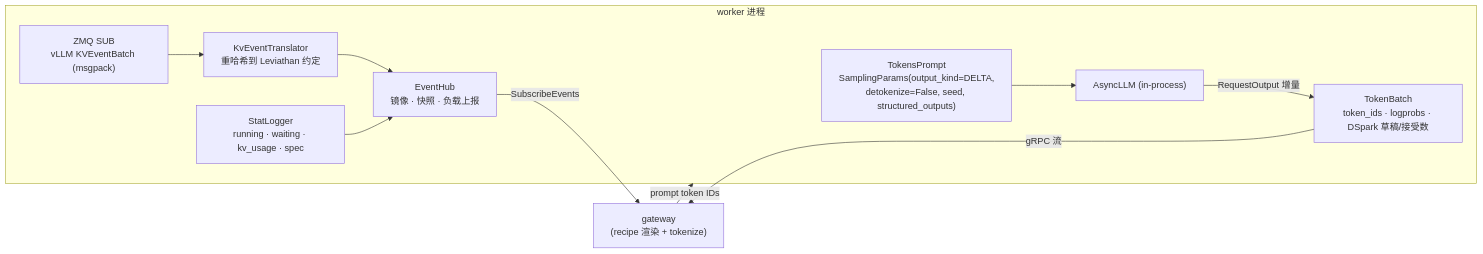
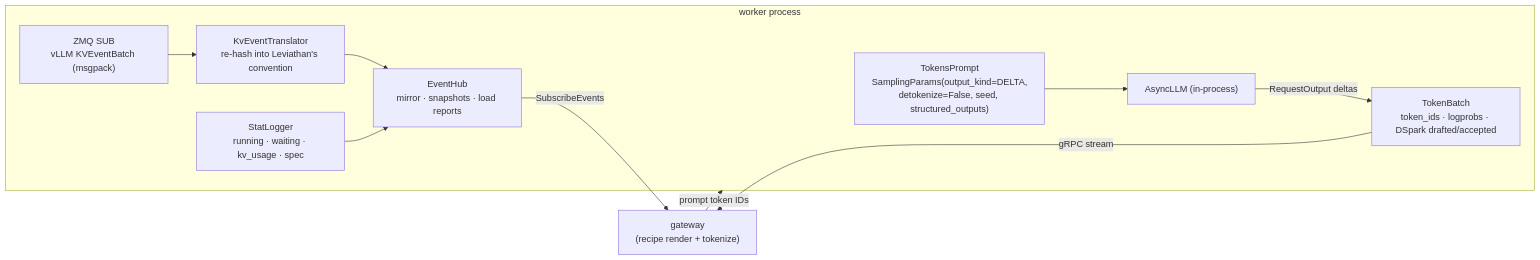
Before and after one commit to FufanLu/Inference-Framework-Agent-Based-on-DeepInfer: the diagram in docs/illustrated/07-vllm-on-h200.md, drawn with Mermaid. The commit also changed other lines of this file and 11 other files, not shown here.

````diff
--- a/docs/illustrated/07-vllm-on-h200.md
+++ b/docs/illustrated/07-vllm-on-h200.md
@@ -23,12 +24,12 @@
 ```mermaid
 flowchart LR
-    G["gateway<br/>(recipe 渲染 + tokenize)"] -- "prompt token IDs" --> W
-    subgraph W["worker 进程"]
+    G["gateway<br/>(recipe render + tokenize)"] -- "prompt token IDs" --> W
+    subgraph W["worker process"]
         A["TokensPrompt<br/>SamplingParams(output_kind=DELTA,<br/>detokenize=False, seed, structured_outputs)"] --> E["AsyncLLM (in-process)"]
-        E -- "RequestOutput 增量" --> T["TokenBatch<br/>token_ids · logprobs · DSpark 草稿/接受数"]
-        Z["ZMQ SUB<br/>vLLM KVEventBatch (msgpack)"] --> X["KvEventTranslator<br/>重哈希到 Leviathan 约定"] --> H["EventHub<br/>镜像 · 快照 · 负载上报"]
+        E -- "RequestOutput deltas" --> T["TokenBatch<br/>token_ids · logprobs · DSpark drafted/accepted"]
+        Z["ZMQ SUB<br/>vLLM KVEventBatch (msgpack)"] --> X["KvEventTranslator<br/>re-hash into Leviathan's convention"] --> H["EventHub<br/>mirror · snapshots · load reports"]
         S["StatLogger<br/>running · waiting · kv_usage · spec"] --> H
     end
-    T -- "gRPC 流" --> G
+    T -- "gRPC stream" --> G
     H -- "SubscribeEvents" --> G
 ```
````
